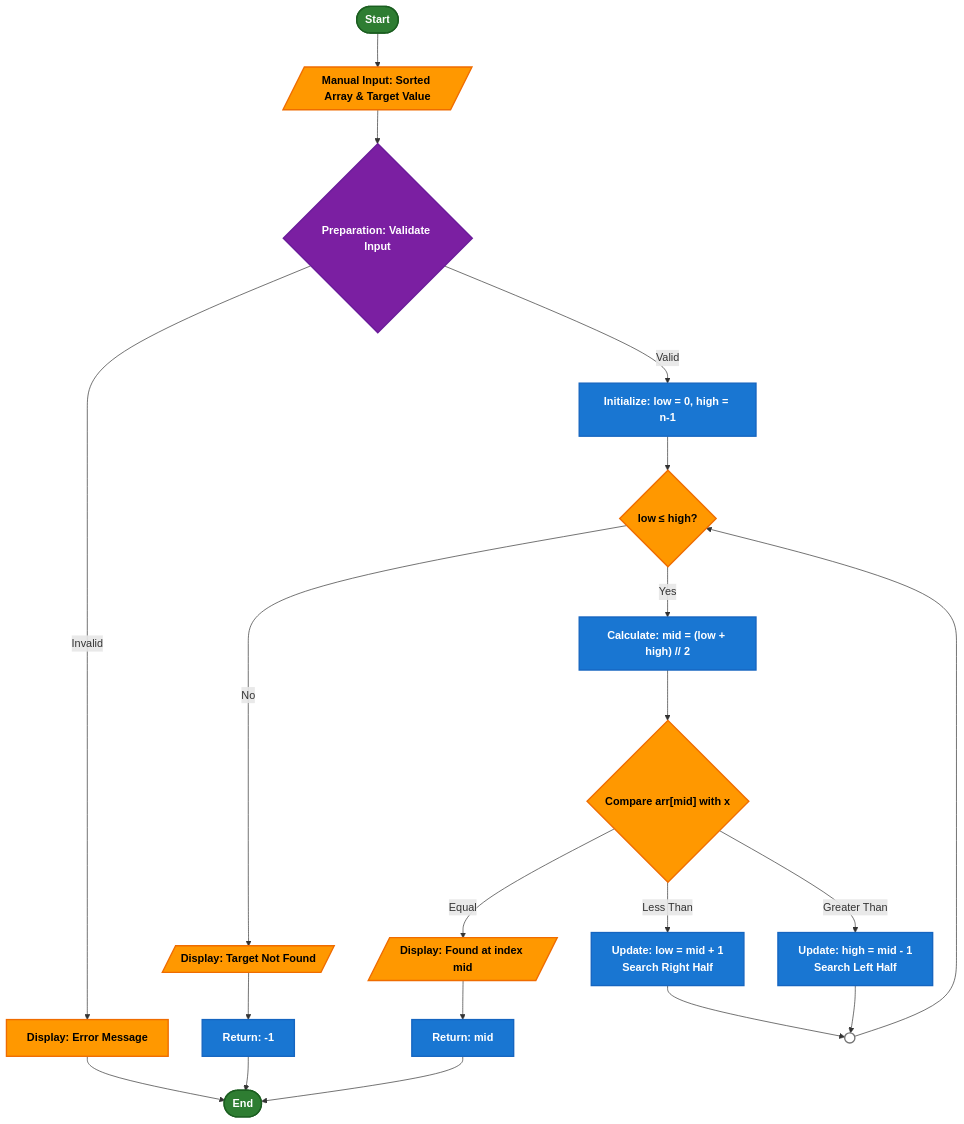
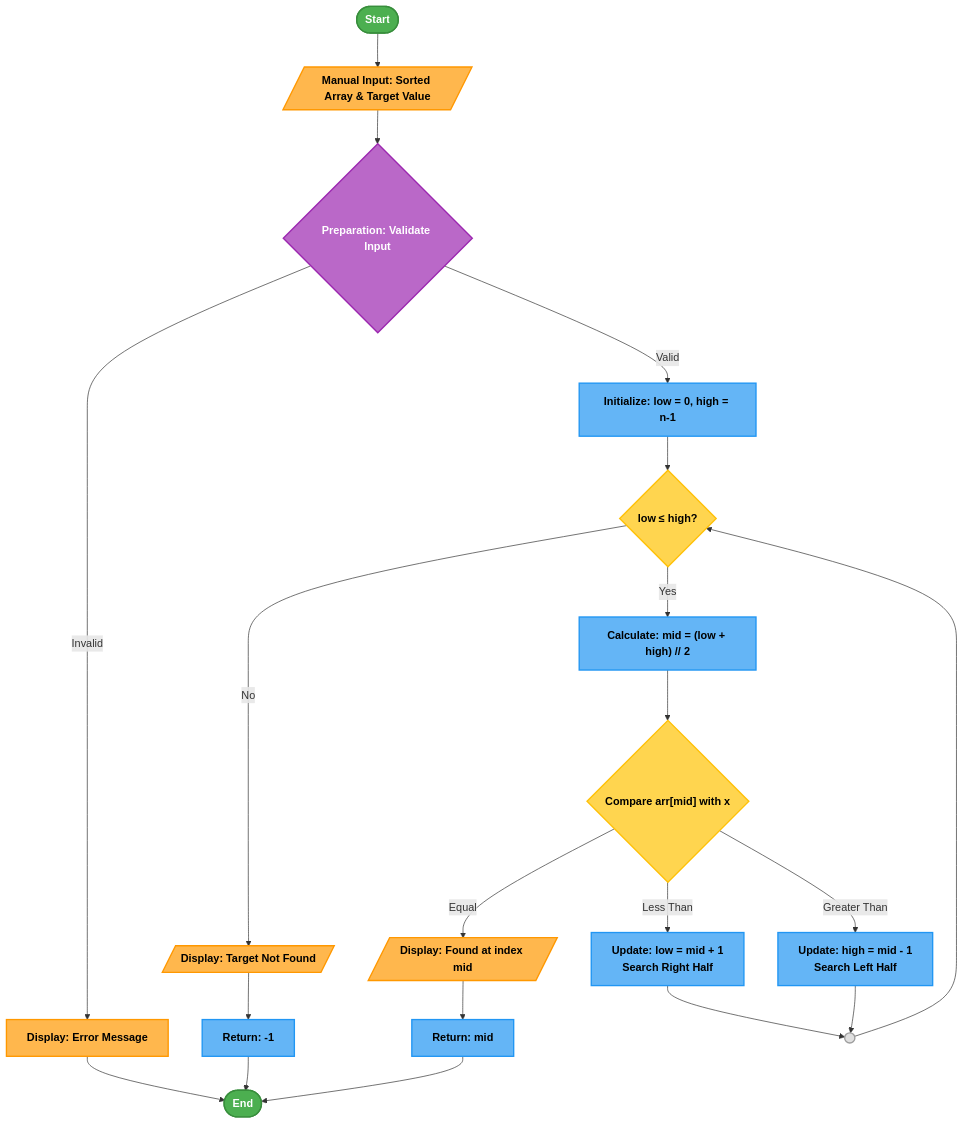
The second of 2 diagrams in README.md (juswamacbook/CISC121_Final_Project), drawn with Mermaid before and after one commit.

Commit message:
Update styling definitions for better contrast

````diff
--- a/README.md
+++ b/README.md
@@ -147,46 +147,46 @@
 ```mermaid
 flowchart TD
     Start(["Start"]) --> ManualInput[/"Manual Input: Sorted Array & Target Value"/]
     
     ManualInput --> Preparation{"Preparation: Validate Input"}
     Preparation -->|Valid| Process1["Initialize: low = 0, high = n-1"]
     Preparation -->|Invalid| Display1["Display: Error Message"]
     Display1 --> End(["End"])
     
     Process1 --> Decision1{"low ≤ high?"}
     
     Decision1 -->|No| Display2[/"Display: Target Not Found"/]
     Display2 --> ProcessReturn2["Return: -1"]
     ProcessReturn2 --> End
     
     Decision1 -->|Yes| Process2["Calculate: mid = (low + high) // 2"]
     Process2 --> Decision2{"Compare arr[mid] with x"}
     
     Decision2 -->|Equal| Display3[/"Display: Found at index mid"/]
     Display3 --> ProcessReturn1["Return: mid"]
     ProcessReturn1 --> End
     
     Decision2 -->|Less Than| Process3["Update: low = mid + 1<br>Search Right Half"]
     Process3 --> Connector(( ))
     
     Decision2 -->|Greater Than| Process4["Update: high = mid - 1<br>Search Left Half"]
     Process4 --> Connector
     
     Connector --> Decision1
     
-    %% Fixed styling with proper contrast
-    classDef startEnd fill:#2E7D32,stroke:#1B5E20,stroke-width:2px,color:#FFFFFF,font-weight:bold
-    classDef manualInput fill:#FF9800,stroke:#EF6C00,stroke-width:2px,color:#000000,font-weight:bold
-    classDef preparation fill:#7B1FA2,stroke:#6A1B9A,stroke-width:2px,color:#FFFFFF,font-weight:bold
-    classDef process fill:#1976D2,stroke:#1565C0,stroke-width:2px,color:#FFFFFF,font-weight:bold
-    classDef decision fill:#FF9800,stroke:#EF6C00,stroke-width:2px,color:#000000,font-weight:bold
-    classDef display fill:#388E3C,stroke:#2E7D32,stroke-width:2px,color:#FFFFFF,font-weight:bold
-    classDef connector fill:#FFFFFF,stroke:#757575,stroke-width:2px,color:#000000,font-weight:bold
+    %% Alternative styling with good contrast
+    classDef startEnd fill:#4CAF50,stroke:#388E3C,stroke-width:2px,color:#FFFFFF,font-weight:bold
+    classDef manualInput fill:#FFB74D,stroke:#FF9800,stroke-width:2px,color:#000000,font-weight:bold
+    classDef preparation fill:#BA68C8,stroke:#9C27B0,stroke-width:2px,color:#FFFFFF,font-weight:bold
+    classDef process fill:#64B5F6,stroke:#2196F3,stroke-width:2px,color:#000000,font-weight:bold
+    classDef decision fill:#FFD54F,stroke:#FFC107,stroke-width:2px,color:#000000,font-weight:bold
+    classDef display fill:#81C784,stroke:#4CAF50,stroke-width:2px,color:#000000,font-weight:bold
+    classDef connector fill:#E0E0E0,stroke:#9E9E9E,stroke-width:2px,color:#000000,font-weight:bold
     
     class Start,End startEnd
     class ManualInput,Display1,Display2,Display3 manualInput
     class Preparation preparation
     class Process1,Process2,Process3,Process4,ProcessReturn1,ProcessReturn2 process
     class Decision1,Decision2 decision
     class Connector connector
 ```
````
